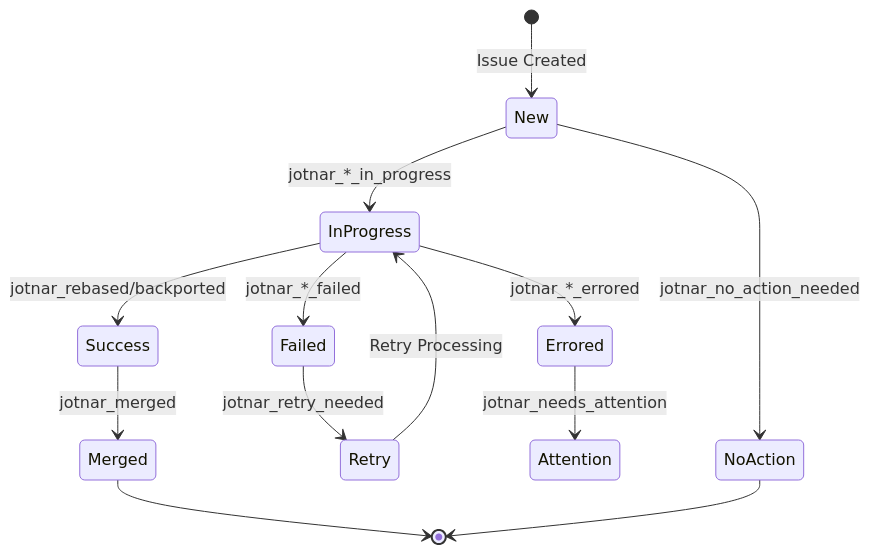
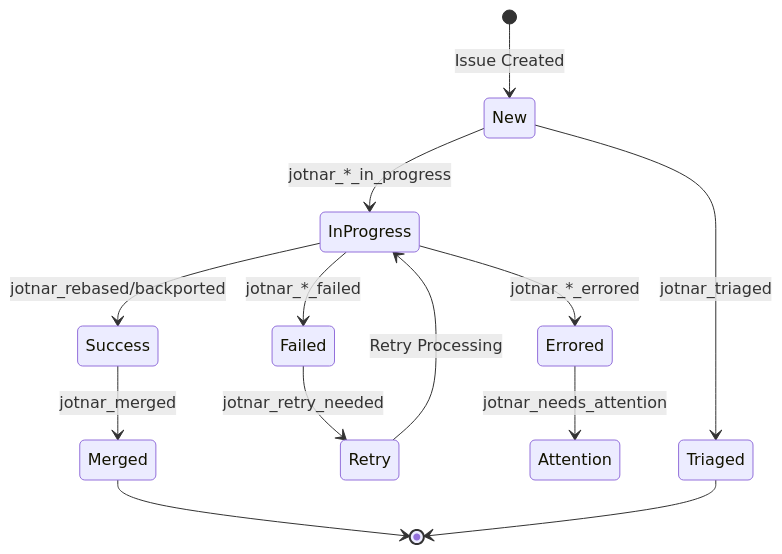
The first of 3 diagrams in jira_label_workflow_routing.md (packit/ai-workflows), drawn with Mermaid before and after one commit. The commit also changed other lines of this file and 8 other files, not shown here.

````diff
--- a/jira_label_workflow_routing.md
+++ b/jira_label_workflow_routing.md
@@ -7,15 +7,15 @@
 ```mermaid
 stateDiagram-v2
     [*] --> New: Issue Created
     New --> InProgress: jotnar_*_in_progress
     InProgress --> Success: jotnar_rebased/backported
     InProgress --> Failed: jotnar_*_failed
     InProgress --> Errored: jotnar_*_errored
     Success --> Merged: jotnar_merged
     Failed --> Retry: jotnar_retry_needed
     Errored --> Attention: jotnar_needs_attention
     Retry --> InProgress: Retry Processing
-    New --> NoAction: jotnar_no_action_needed
+    New --> Triaged: jotnar_triaged
     Merged --> [*]
-    NoAction --> [*]
+    Triaged --> [*]
 ```
````
